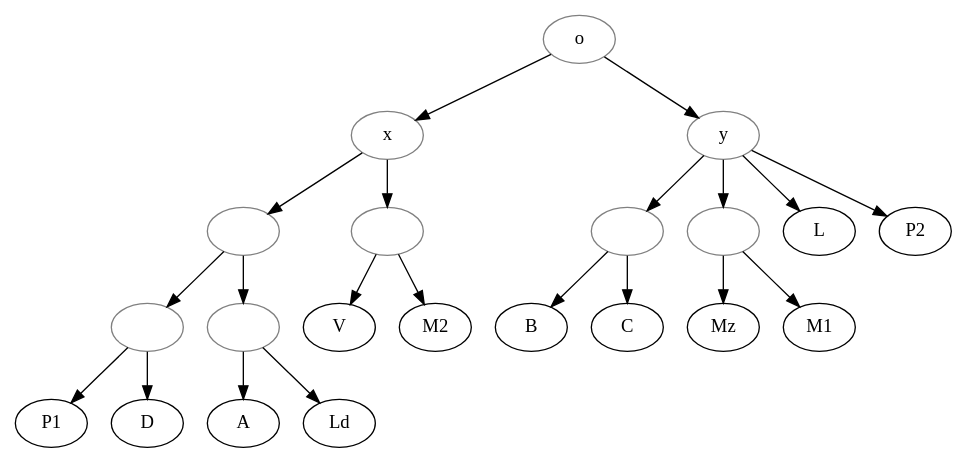
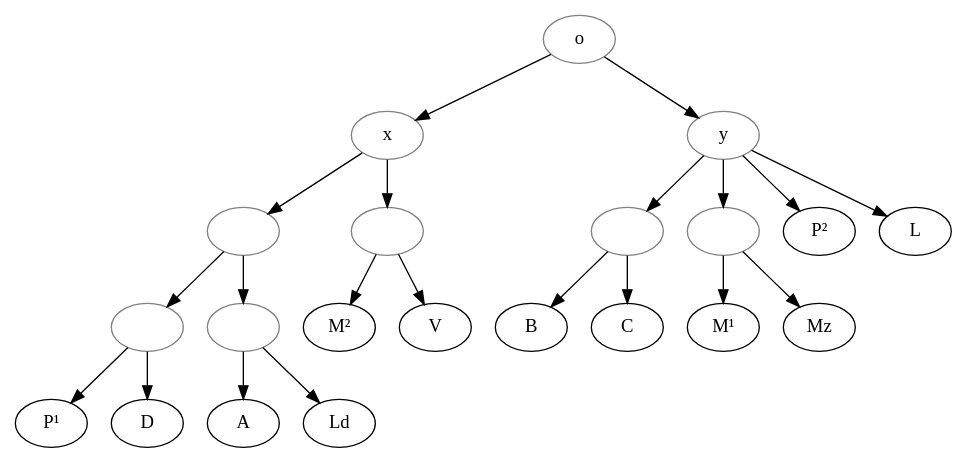
The diagram in data/fro/Korte_1914_RenMont2/stemma.gv (OpenStemmata/database), drawn with Graphviz before and after one commit. The commit also changed 11 other files, not shown here.

```diff
--- a/data/fro/Korte_1914_RenMont2/stemma.gv
+++ b/data/fro/Korte_1914_RenMont2/stemma.gv
@@ -1,34 +1,38 @@
 digraph {
 
     o[color="grey"];
     x[color="grey"];
     y[color="grey"];
     1[color="grey", label=""];
     2[color="grey", label=""];
     3[color="grey", label=""];
     4[color="grey", label=""];
     5[color="grey", label=""];
     6[color="grey", label=""];
+    P1[label="P¹"]
+    M1[label="M¹"]
+    P2[label="P²"]
+    M2[label="M²"]
 
     o->y;
     y->1;
     1->B;
     1->C;
     y->L;
     y->P2;
     y->2;
     2->Mz;
     2->M1;
     o->x;
     x->3;
     3->4;
     4->P1;
     4->D;
     3->5;
     5->A;
     5->Ld;
     x->6;
     6->V;
     6->M2;
     
 }
```
